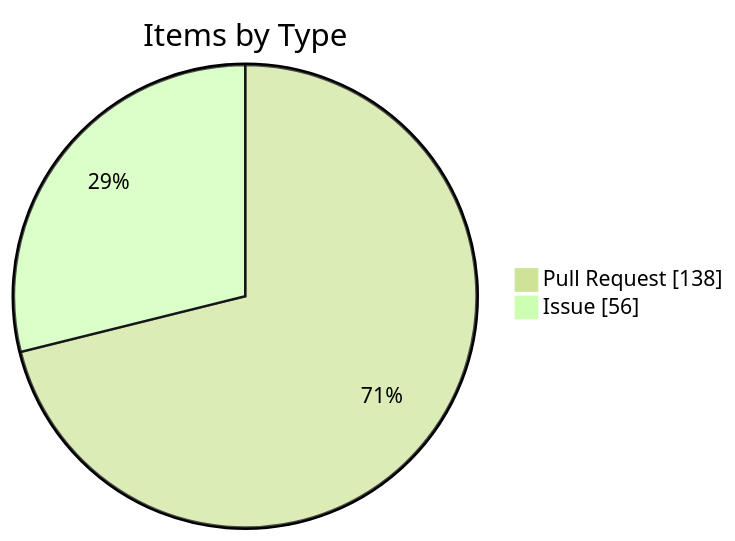
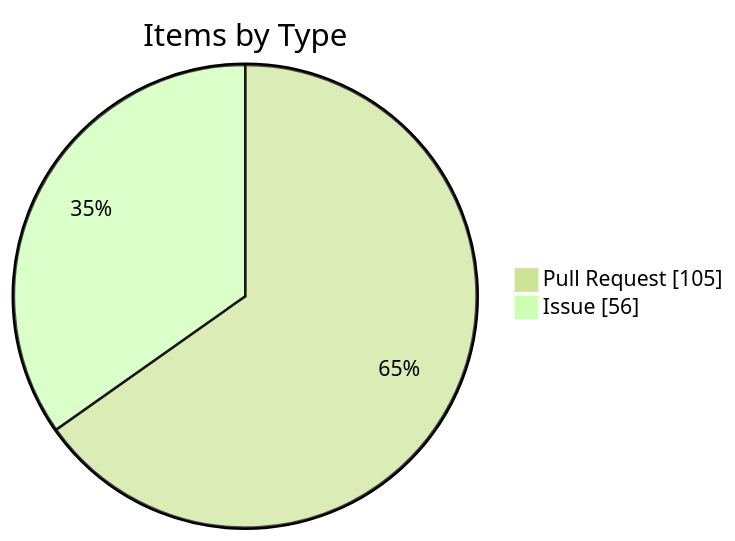
Before and after one commit to KBVE/kbve: the fourth of 4 diagrams in apps/kbve/astro-kbve/src/content/docs/dashboard/kanban-data.mdx, drawn with Mermaid (forest theme). The commit also changed other lines of this file and 8 other files, not shown here.

````diff
--- a/apps/kbve/astro-kbve/src/content/docs/dashboard/kanban-data.mdx
+++ b/apps/kbve/astro-kbve/src/content/docs/dashboard/kanban-data.mdx
@@ -116,6 +116,6 @@
 ```mermaid
 pie showData
     title Items by Type
-    "Pull Request" : 138
+    "Pull Request" : 105
     "Issue" : 56
 ```
````
